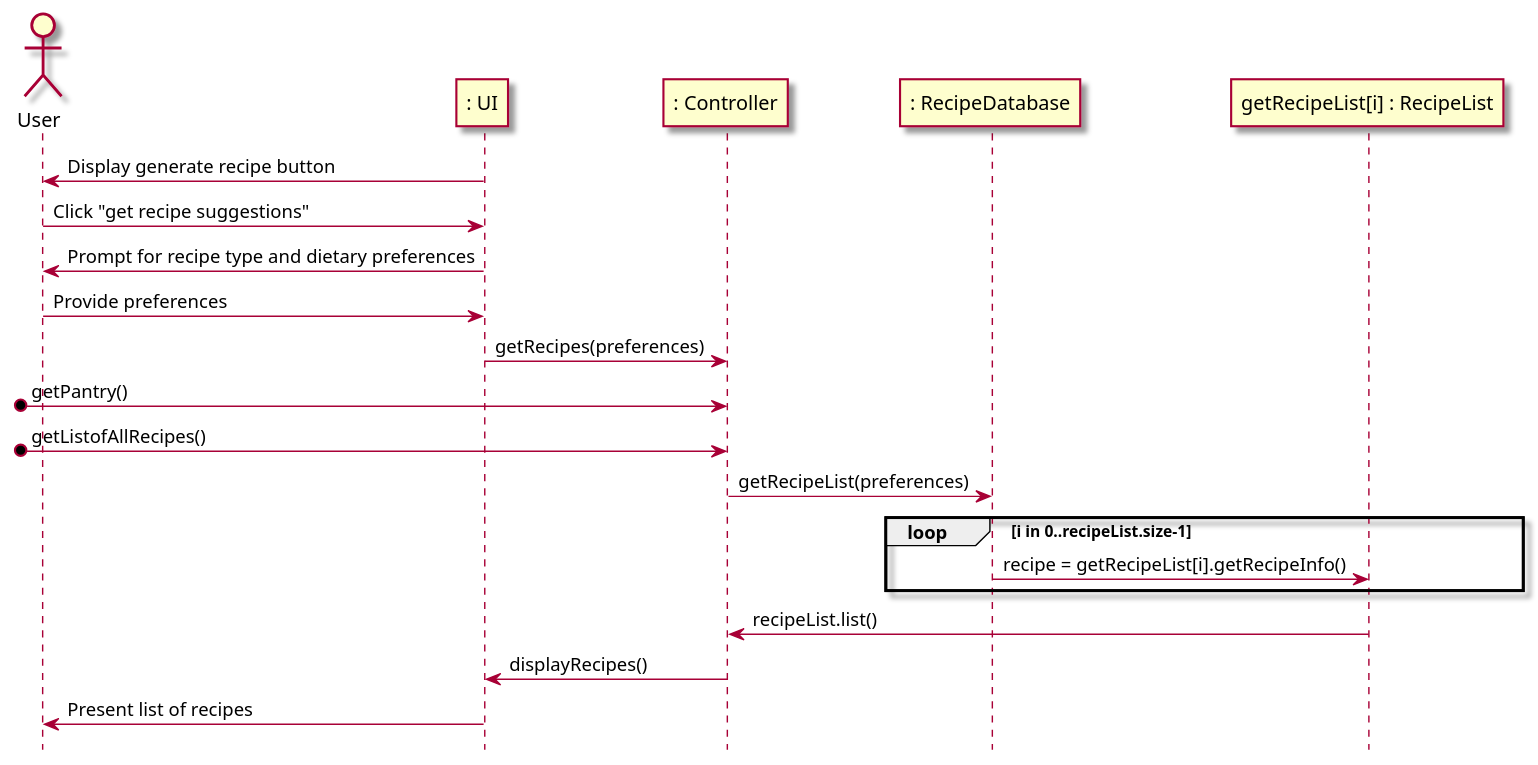
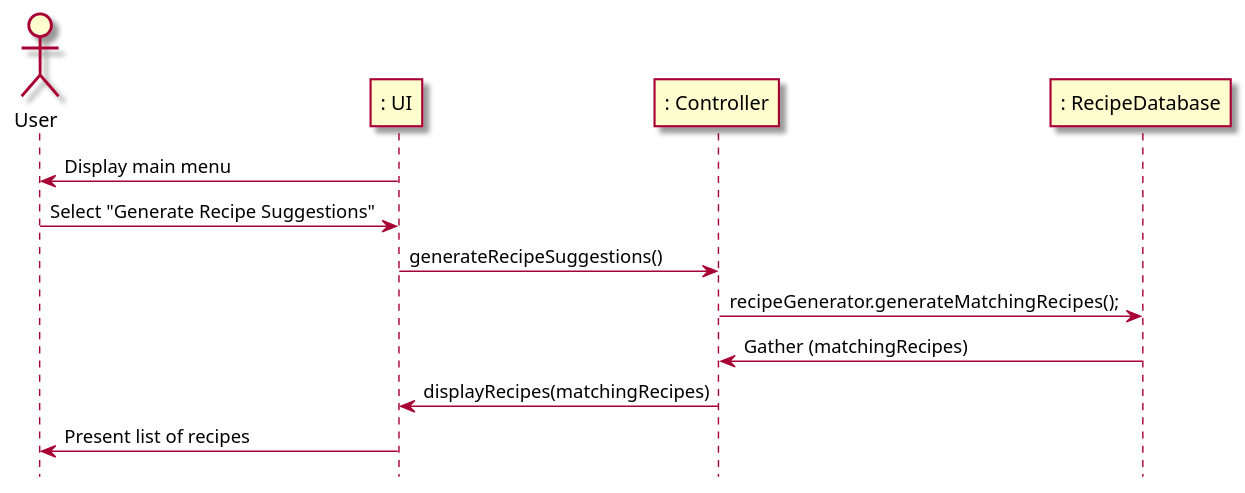
Before and after one commit to berthashipper/Pantry-Pal-Android-Application: the second of 2 diagrams in intellij/doc/use-cases/generate_recipe.md, drawn with PlantUML. The commit also changed other lines of this file and 1 other file, not shown here.

Commit message:
Updated generate_recipe sequence diagram

````diff
--- a/intellij/doc/use-cases/generate_recipe.md
+++ b/intellij/doc/use-cases/generate_recipe.md
@@ -62,31 +59,21 @@
 ```plantuml
 @startuml
 skin rose
 
 hide footbox
 
 actor User as user
 participant ": UI" as ui
 participant ": Controller" as cont
 participant ": RecipeDatabase" as recd
 
-ui -> user : Display generate recipe button
-user -> ui : Click "get recipe suggestions"
-ui -> user : Prompt for recipe type and dietary preferences
-user -> ui : Provide preferences
-ui -> cont : getRecipes(preferences)
-[o-> cont : getPantry()
-[o-> cont : getListofAllRecipes()
-
-participant "getRecipeList[i] : RecipeList" as rec
-cont -> recd : getRecipeList(preferences)
-loop i in 0..recipeList.size-1
-recd -> rec : recipe = getRecipeList[i].getRecipeInfo()
-end
-
-rec -> cont : recipeList.list()
-cont -> ui : displayRecipes()
+ui -> user : Display main menu
+user -> ui : Select "Generate Recipe Suggestions"
+ui -> cont : generateRecipeSuggestions()
+cont -> recd : recipeGenerator.generateMatchingRecipes();
+recd -> cont : Gather (matchingRecipes)
+cont -> ui : displayRecipes(matchingRecipes)
 ui -> user : Present list of recipes
 
 @enduml
 ```
````
